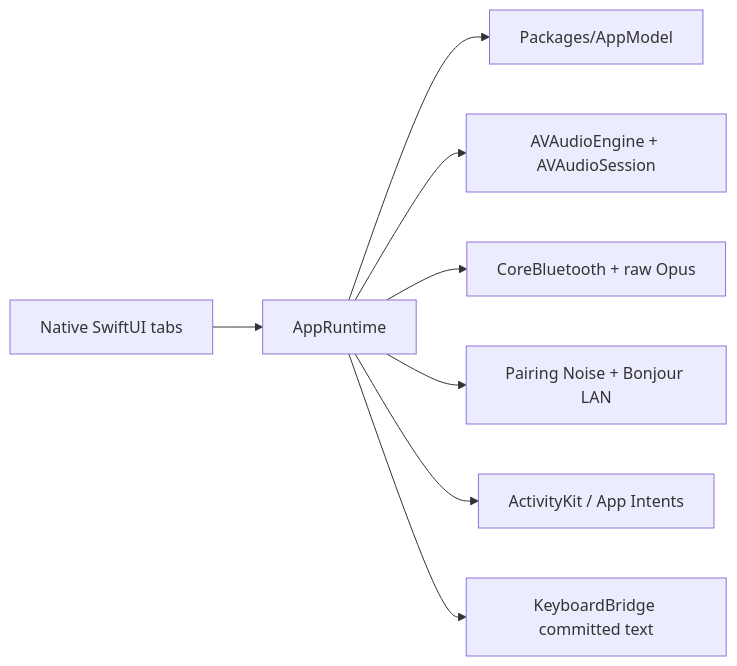
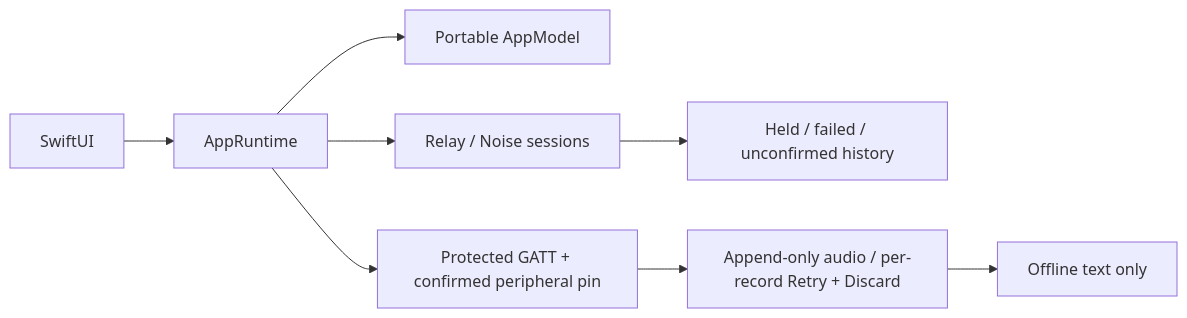
Before and after one commit to Harwasch/voiceremote: the diagram in SW/ios/App/README.md, drawn with Mermaid. The commit also changed other lines of this file and 62 other files, not shown here.

Commit message:
SW: iPhone relay pairing, cloud access, held text and remote sync

````diff
--- a/SW/ios/App/README.md
+++ b/SW/ios/App/README.md
@@ -1,7 +1,9 @@
 ```mermaid
 flowchart LR
-  Views[Native SwiftUI tabs] --> Runtime[AppRuntime] --> Model[Packages/AppModel]
-  Runtime --> Phone[AVAudioEngine + AVAudioSession] & Remote[CoreBluetooth + raw Opus]
-  Runtime --> Computer[Pairing Noise + Bonjour LAN] & Activity[ActivityKit / App Intents]
-  Runtime --> Keyboard[KeyboardBridge committed text]
+  Views[SwiftUI] --> Runtime[AppRuntime] --> Model[Portable AppModel]
+  Runtime --> Computer[Relay / Noise sessions]
+  Computer --> Hold[Held / failed / unconfirmed history]
+  Runtime --> Remote[Protected GATT + confirmed peripheral pin]
+  Remote --> Sync[Append-only audio / per-record Retry + Discard]
+  Sync --> History[Offline text only]
 ```
````
